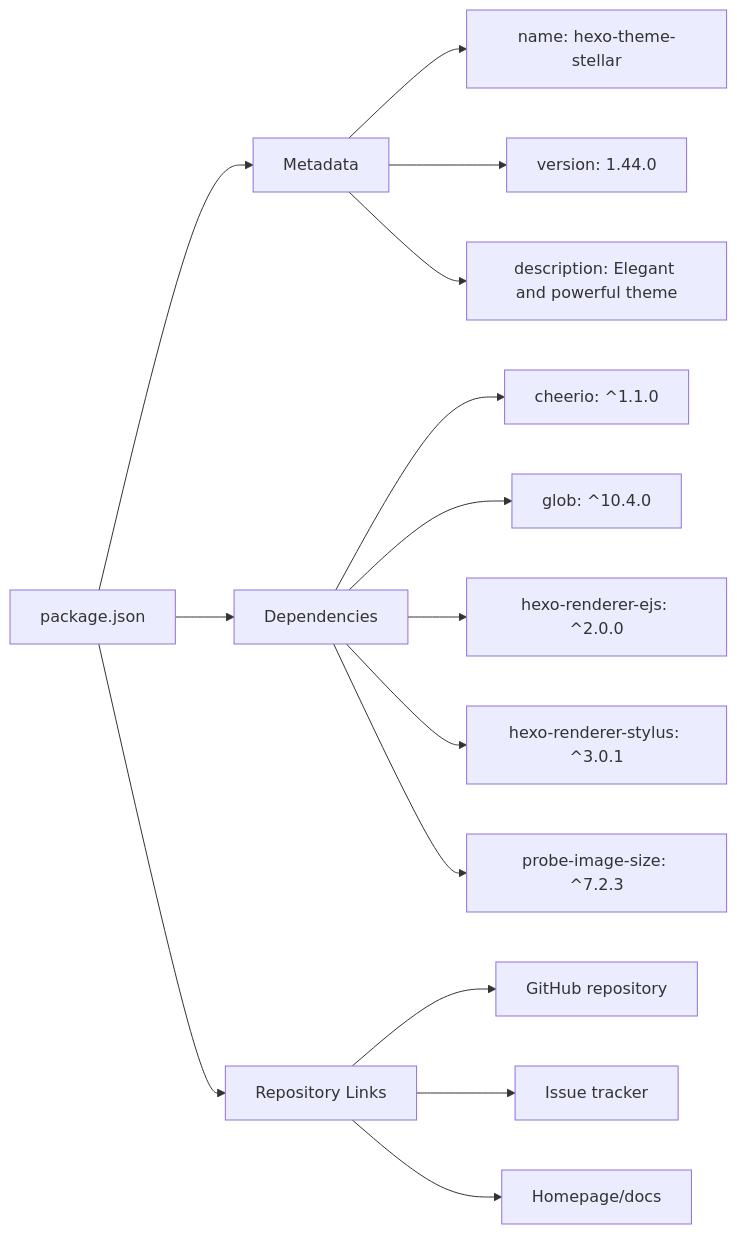
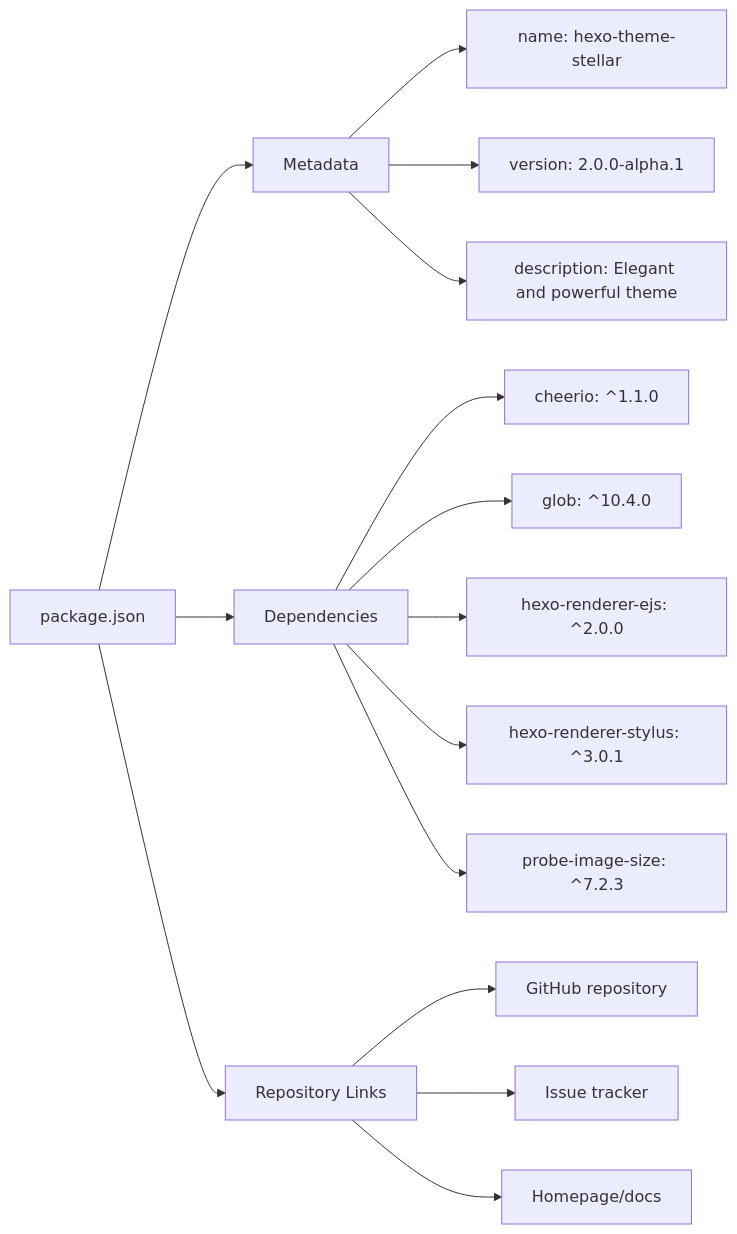
Before and after one commit to xaoxuu/hexo-theme-stellar: the second of 5 diagrams in docs/knowledge/00-总览与安装配置/installation.md, drawn with Mermaid. The commit also changed other lines of this file and 35 other files, not shown here.

````diff
--- a/docs/knowledge/00-总览与安装配置/installation.md
+++ b/docs/knowledge/00-总览与安装配置/installation.md
@@ -126,25 +126,25 @@
 ```mermaid
 graph LR
     PKG["package.json"]
     META["Metadata"]
     DEPS["Dependencies"]
     REPO["Repository Links"]
     
     PKG --> META
     PKG --> DEPS
     PKG --> REPO
     
     META --> NAME["name: hexo-theme-stellar"]
-    META --> VER["version: 1.44.0"]
+    META --> VER["version: 2.0.0-alpha.1"]
     META --> DESC["description: Elegant and powerful theme"]
     
     DEPS --> CHEERIO["cheerio: ^1.1.0"]
     DEPS --> GLOB["glob: ^10.4.0"]
     DEPS --> EJS["hexo-renderer-ejs: ^2.0.0"]
     DEPS --> STYLUS["hexo-renderer-stylus: ^3.0.1"]
     DEPS --> PROBE["probe-image-size: ^7.2.3"]
     
     REPO --> GIT["GitHub repository"]
     REPO --> ISSUES["Issue tracker"]
     REPO --> HOME["Homepage/docs"]
 ```
````
